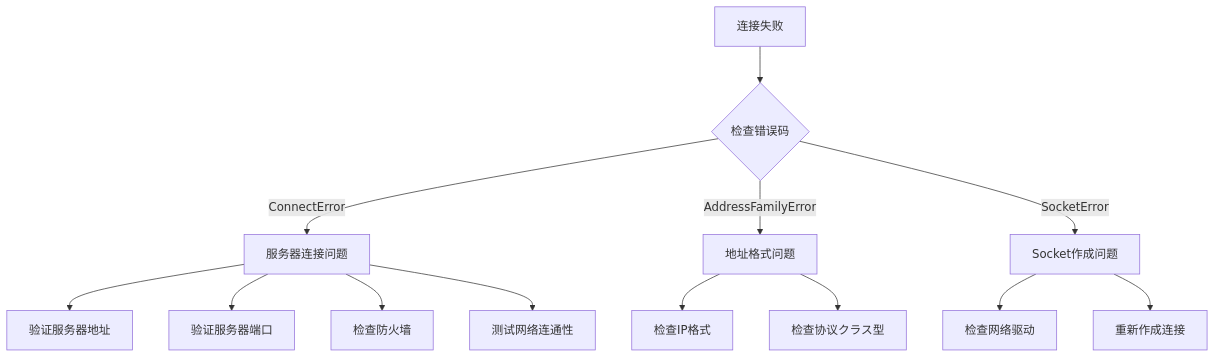
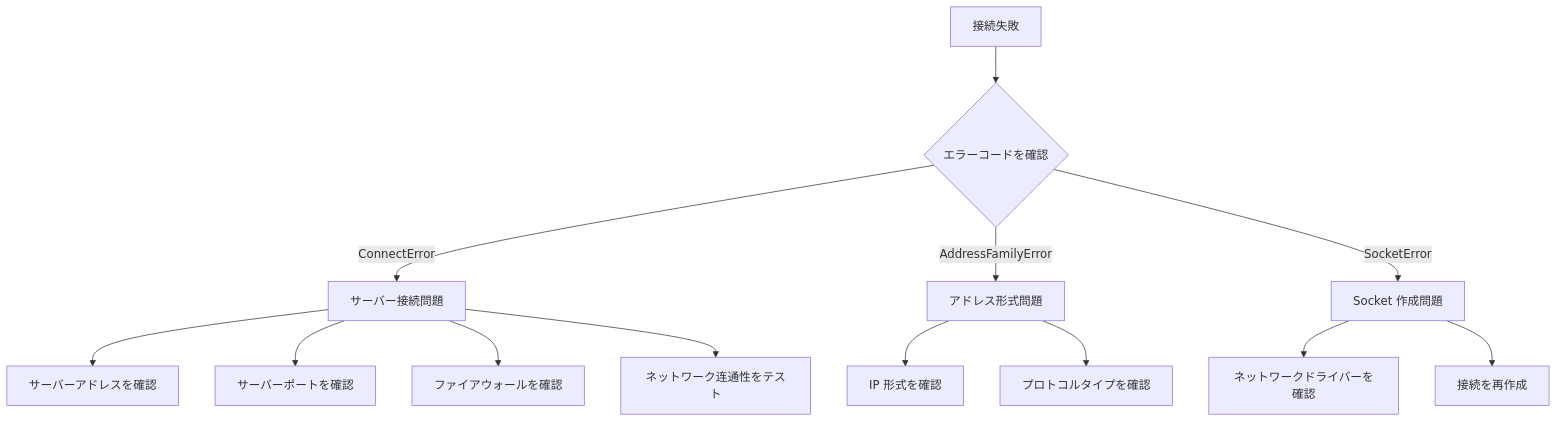
The diagram in docs/ja/client/unity/component/network/13.troubleshooting.md (AlianBlank/GameFrameX.Docs), drawn with Mermaid before and after one commit. The commit also changed other lines of this file and 320 other files, not shown here.

````diff
--- a/docs/ja/client/unity/component/network/13.troubleshooting.md
+++ b/docs/ja/client/unity/component/network/13.troubleshooting.md
@@ -66,18 +66,18 @@
 ```mermaid
 flowchart TD
-    A[连接失败] --> B{检查错误码}
-    B -->|ConnectError| C[服务器连接问题]
-    B -->|AddressFamilyError| D[地址格式问题]
-    B -->|SocketError| E[Socket作成问题]
+    A[接続失敗] --> B{エラーコードを確認}
+    B -->|ConnectError| C[サーバー接続問題]
+    B -->|AddressFamilyError| D[アドレス形式問題]
+    B -->|SocketError| E[Socket 作成問題]
     
-    C --> C1[验证服务器地址]
-    C --> C2[验证服务器端口]
-    C --> C3[检查防火墙]
-    C --> C4[测试网络连通性]
+    C --> C1[サーバーアドレスを確認]
+    C --> C2[サーバーポートを確認]
+    C --> C3[ファイアウォールを確認]
+    C --> C4[ネットワーク连通性をテスト]
     
-    D --> D1[检查IP格式]
-    D --> D2[检查协议クラス型]
+    D --> D1[IP 形式を確認]
+    D --> D2[プロトコルタイプを確認]
     
-    E --> E1[检查网络驱动]
-    E --> E2[重新作成连接]
+    E --> E1[ネットワークドライバーを確認]
+    E --> E2[接続を再作成]
 ```
````
